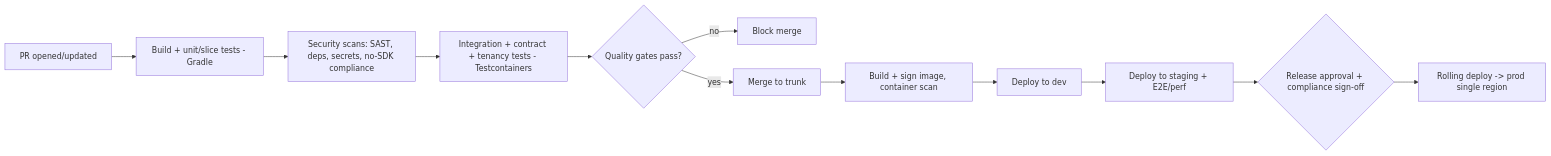
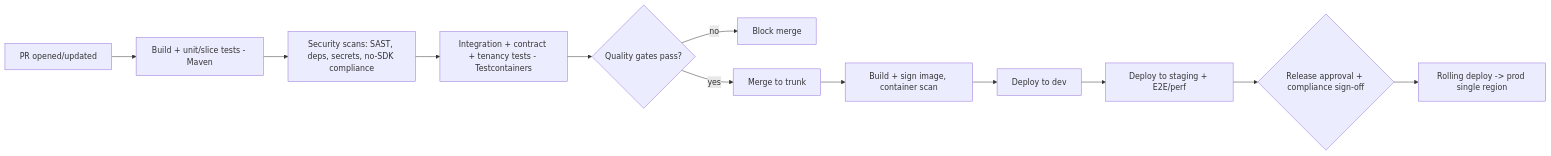
The diagram in docs/archive/delivery/cicd-devops.md (ayushrai007/Societix), drawn with Mermaid before and after one commit. The commit also changed other lines of this file and 20 other files, not shown here.

Commit message:
docs: update Gradle to Maven references

````diff
--- a/docs/archive/delivery/cicd-devops.md
+++ b/docs/archive/delivery/cicd-devops.md
@@ -22,14 +22,14 @@
 ```mermaid
 flowchart LR
-    PR[PR opened/updated] --> BUILD[Build + unit/slice tests - Gradle]
+    PR[PR opened/updated] --> BUILD[Build + unit/slice tests - Maven]
     BUILD --> SCAN[Security scans: SAST, deps, secrets, no-SDK compliance]
     SCAN --> INT[Integration + contract + tenancy tests - Testcontainers]
     INT --> GATE{Quality gates pass?}
     GATE -- no --> FAIL[Block merge]
     GATE -- yes --> MERGE[Merge to trunk]
     MERGE --> IMG[Build + sign image, container scan]
     IMG --> DEV[Deploy to dev]
     DEV --> STG[Deploy to staging + E2E/perf]
     STG --> APPROVE{Release approval + compliance sign-off}
     APPROVE --> PROD[Rolling deploy -> prod single region]
 ```
````
